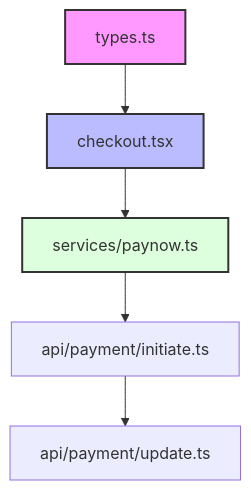
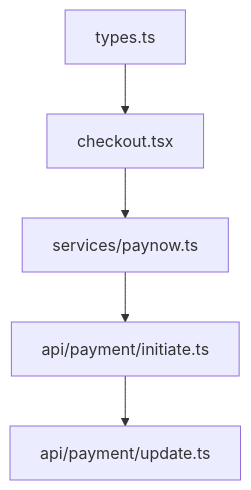
The first of 2 diagrams in README.md (DevKudzie/paynow-nextjs-demo), drawn with Mermaid before and after one commit.

Commit message:
Added some comments

````diff
--- a/README.md
+++ b/README.md
@@ -9,11 +9,7 @@
 ```mermaid
 graph TD
     A[types.ts] --> B[checkout.tsx]
     B --> C[services/paynow.ts]
     C --> D[api/payment/initiate.ts]
     D --> E[api/payment/update.ts]
-    
-    style A fill:#f9f,stroke:#333,stroke-width:2px
-    style B fill:#bbf,stroke:#333,stroke-width:2px
-    style C fill:#dfd,stroke:#333,stroke-width:2px
 ```
````
